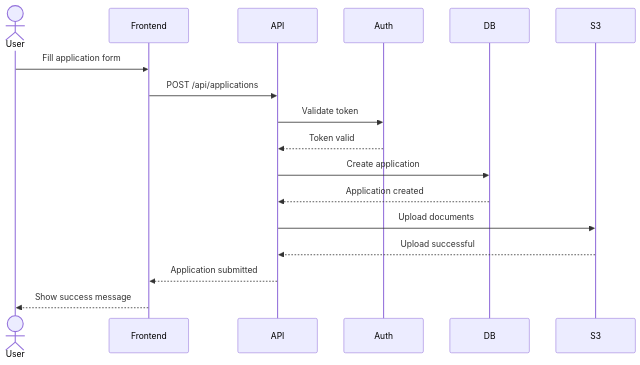
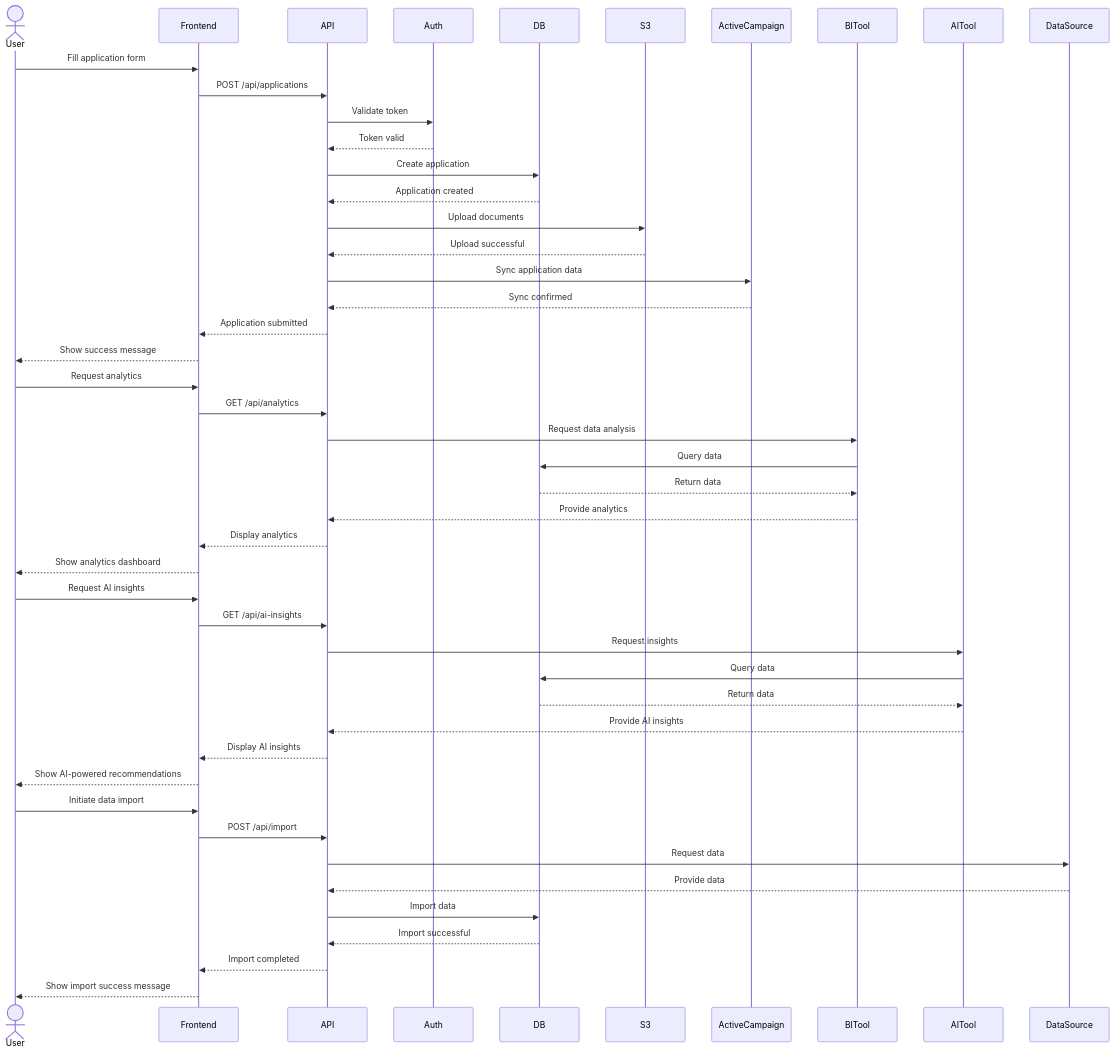
The third of 5 diagrams in README.md (Tron-AI/technical-implementation-plan), drawn with Mermaid before and after one commit.

````diff
--- a/README.md
+++ b/README.md
@@ -264,21 +264,53 @@
 ```mermaid
 sequenceDiagram
     actor User
     participant Frontend
     participant API
     participant Auth
     participant DB
     participant S3
+    participant ActiveCampaign
+    participant BITool
+    participant AITool
+    participant DataSource
 
     User->>Frontend: Fill application form
     Frontend->>API: POST /api/applications
     API->>Auth: Validate token
     Auth-->>API: Token valid
     API->>DB: Create application
     DB-->>API: Application created
     API->>S3: Upload documents
     S3-->>API: Upload successful
+    API->>ActiveCampaign: Sync application data
+    ActiveCampaign-->>API: Sync confirmed
     API-->>Frontend: Application submitted
     Frontend-->>User: Show success message
 
+    User->>Frontend: Request analytics
+    Frontend->>API: GET /api/analytics
+    API->>BITool: Request data analysis
+    BITool->>DB: Query data
+    DB-->>BITool: Return data
+    BITool-->>API: Provide analytics
+    API-->>Frontend: Display analytics
+    Frontend-->>User: Show analytics dashboard
+
+    User->>Frontend: Request AI insights
+    Frontend->>API: GET /api/ai-insights
+    API->>AITool: Request insights
+    AITool->>DB: Query data
+    DB-->>AITool: Return data
+    AITool-->>API: Provide AI insights
+    API-->>Frontend: Display AI insights
+    Frontend-->>User: Show AI-powered recommendations
+
+    User->>Frontend: Initiate data import
+    Frontend->>API: POST /api/import
+    API->>DataSource: Request data
+    DataSource-->>API: Provide data
+    API->>DB: Import data
+    DB-->>API: Import successful
+    API-->>Frontend: Import completed
+    Frontend-->>User: Show import success message
 ```
````
